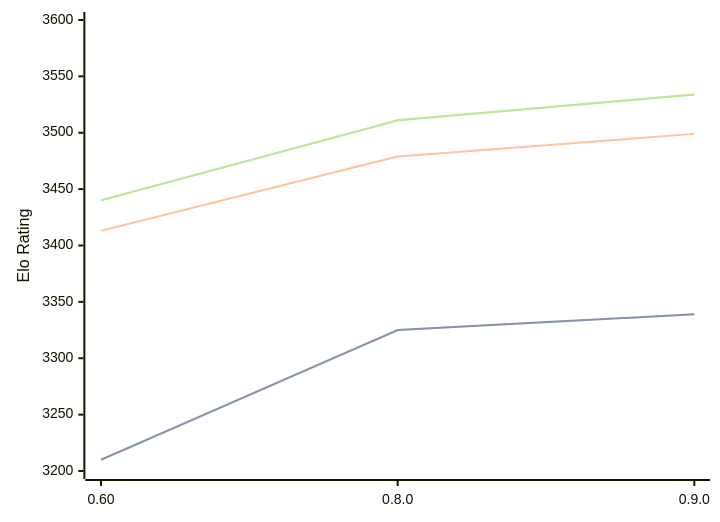
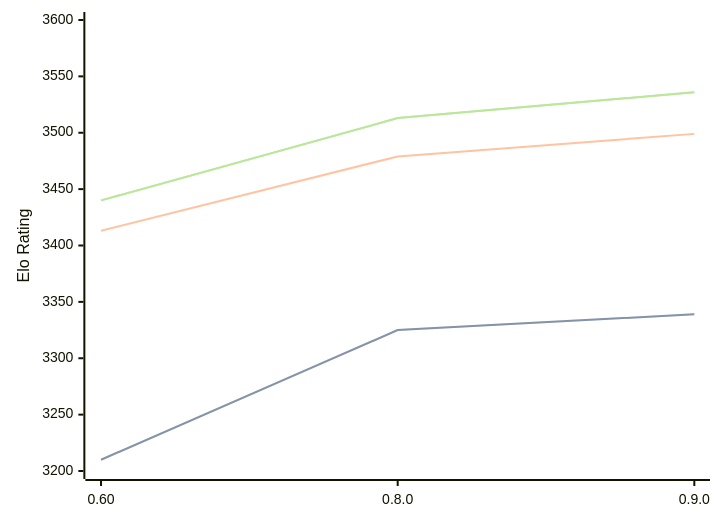
One commit to computer-chess-index/cci changed the diagram in engines/Motor.md. Above: the diagram before and after it, drawn with Mermaid. The commit also changed other lines of this file, not shown here.

Commit message:
Update CCI Ratings (ELO VLTC) - 2026-09-04

````diff
--- a/engines/Motor.md
+++ b/engines/Motor.md
@@ -33,11 +33,11 @@
 ```mermaid
 %%{init: {"theme":"base","themeVariables":{"seriesColors:['#a3a3a3','#222221','#faa371']}}}%%
 xychart-beta
   x-axis ["0.60", "0.8.0", "0.9.0"]
   y-axis "Elo Rating" 3200 --> 3600
   line "" [3210, 3325, 3339]
   line "STC (8.0+0.08s)" [3210, 3325, 3339]
   line "LTC (60.0+0.60s)" [3413, 3479, 3499]
-  line "" [3440, 3511, 3534]
-  line "VLTC (2m24s+1.12s)" [3440, 3511, 3534]
+  line "" [3440, 3513, 3536]
+  line "VLTC (2m24s+1.12s)" [3440, 3513, 3536]
 ```
````
